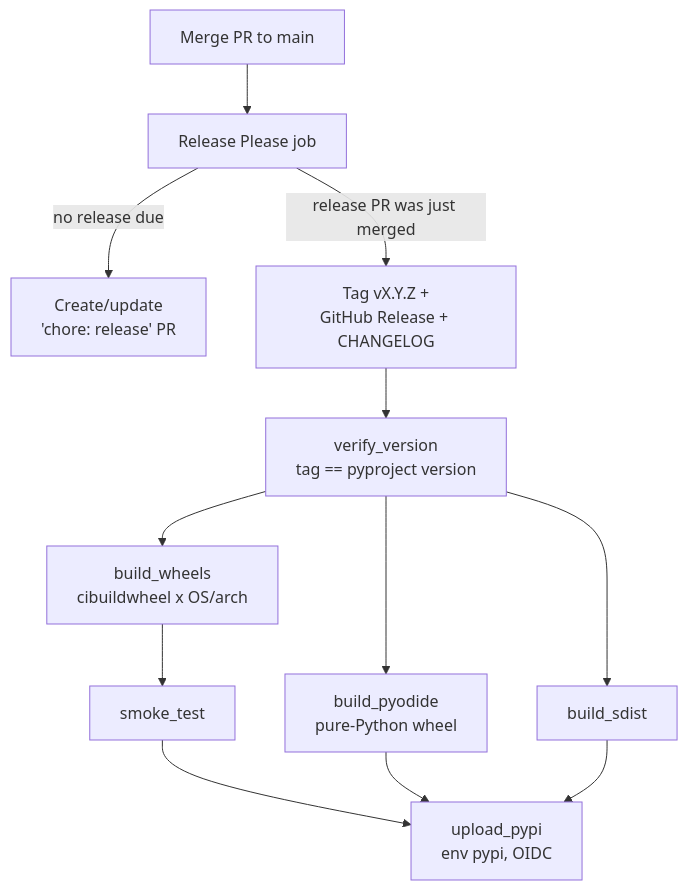
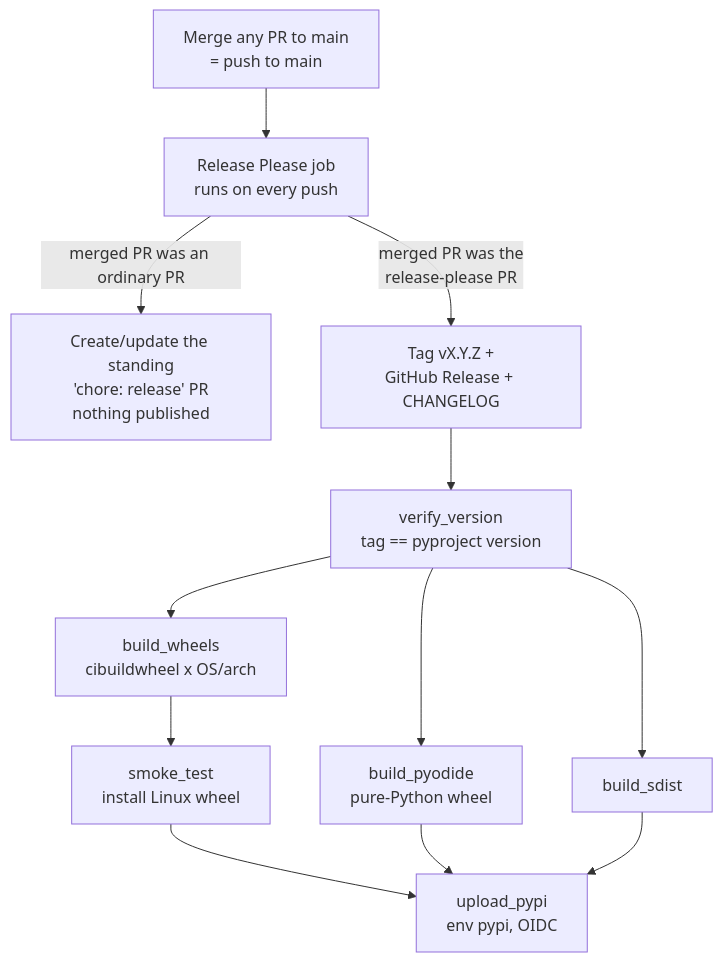
One commit to petercorke/rvc-ecosystem changed the second of 5 diagrams in CI.md. Above: the diagram before and after it, drawn with Mermaid. The commit also changed other lines of this file, not shown here.

Commit message:
docs(ci): clarify release flows, add non-big-3 flow and unification options

````diff
--- a/CI.md
+++ b/CI.md
@@ -86,14 +90,14 @@
 ```mermaid
 flowchart TD
-    M[Merge PR to main] --> RP[Release Please job]
-    RP -->|no release due| PRUPD[Create/update<br/>'chore: release' PR]
-    RP -->|release PR was just merged| TAG[Tag vX.Y.Z +<br/>GitHub Release + CHANGELOG]
+    M[Merge any PR to main<br/>= push to main] --> RP[Release Please job<br/>runs on every push]
+    RP -->|merged PR was an ordinary PR| PRUPD[Create/update the standing<br/>'chore: release' PR<br/>nothing published]
+    RP -->|merged PR was the<br/>release-please PR| TAG[Tag vX.Y.Z +<br/>GitHub Release + CHANGELOG]
     TAG --> VV[verify_version<br/>tag == pyproject version]
     VV --> W[build_wheels<br/>cibuildwheel x OS/arch]
     VV --> P[build_pyodide<br/>pure-Python wheel]
     VV --> S[build_sdist]
-    W --> SM[smoke_test]
+    W --> SM[smoke_test<br/>install Linux wheel]
     SM --> UP[upload_pypi<br/>env pypi, OIDC]
     P --> UP
     S --> UP
 ```
````
